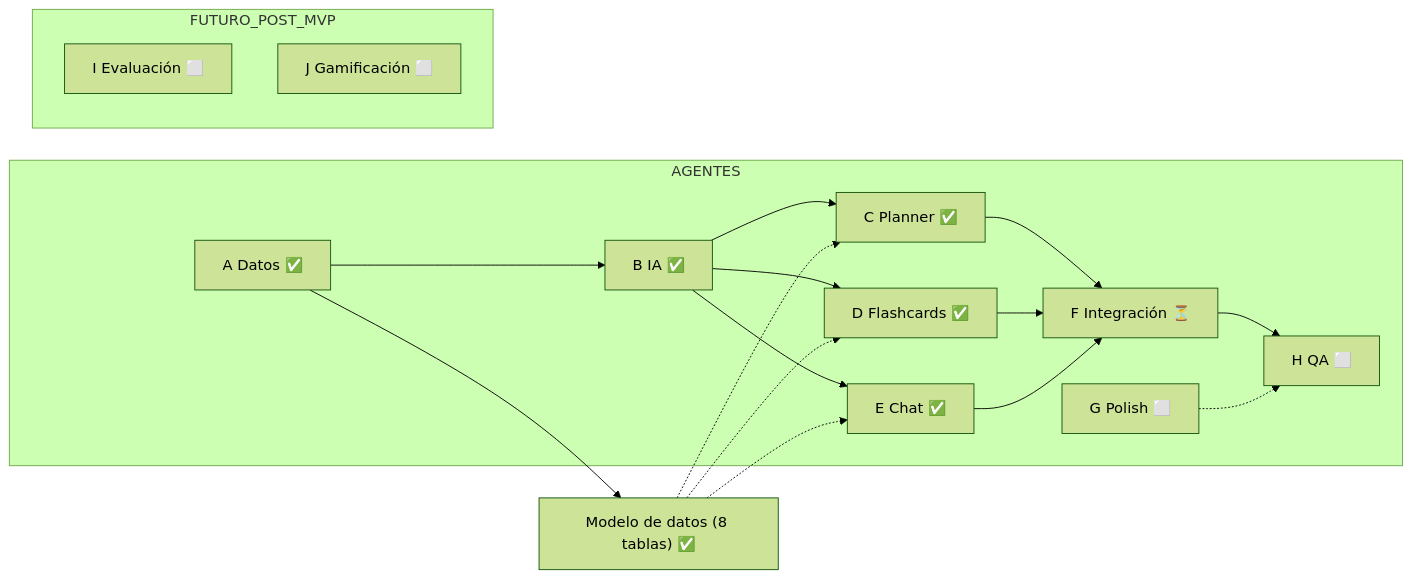
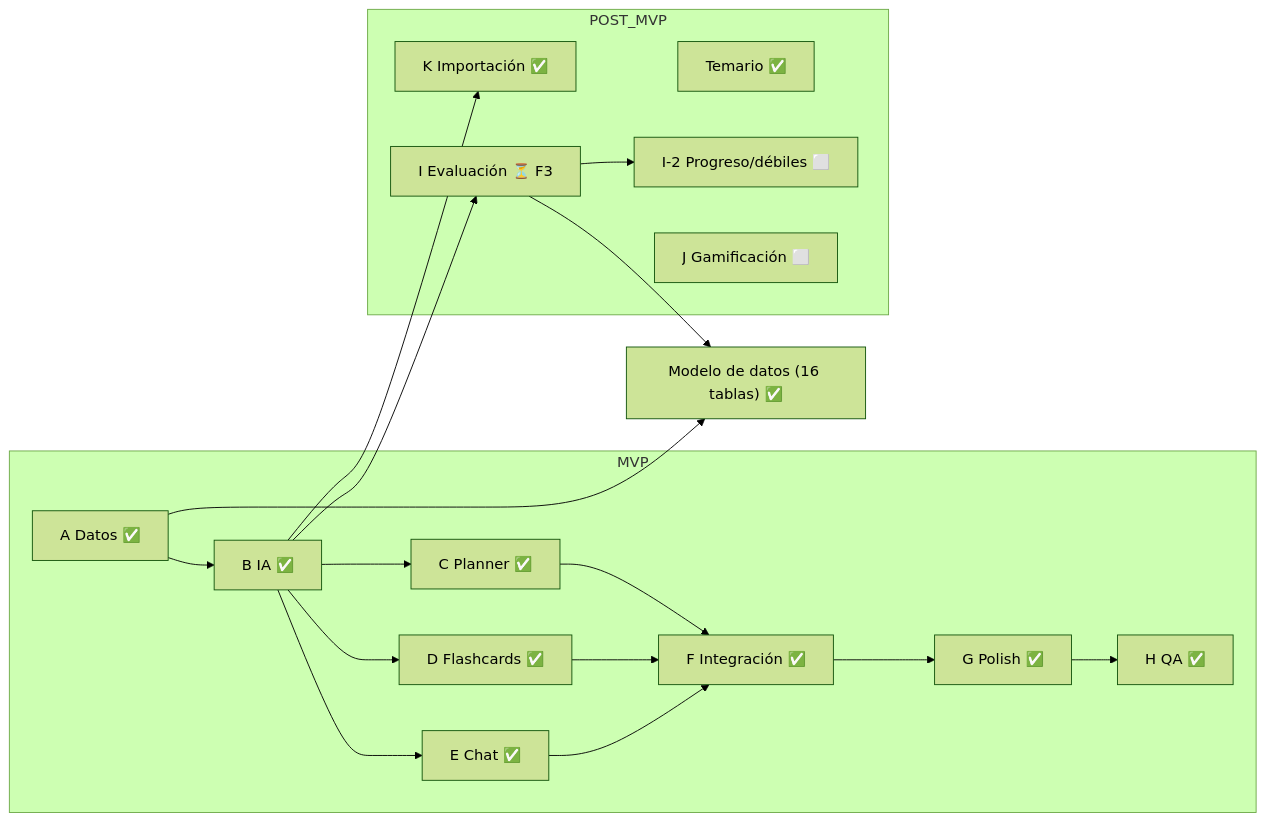
One commit to darkhyper93-jpg/Bract changed the diagram in fid.md. Above: the diagram before and after it, drawn with Mermaid (forest theme). The commit also changed other lines of this file and 34 other files, not shown here.

````diff
--- a/fid.md
+++ b/fid.md
@@ -6,30 +6,33 @@
 ```mermaid
 flowchart LR
-    subgraph AGENTES
+    subgraph MVP
         A["A Datos ✅"]
         B["B IA ✅"]
         C["C Planner ✅"]
         D["D Flashcards ✅"]
         E["E Chat ✅"]
-        F["F Integración ⏳"]
-        G["G Polish ⬜"]
-        H["H QA ⬜"]
+        F["F Integración ✅"]
+        G["G Polish ✅"]
+        H["H QA ✅"]
+    end
+    subgraph POST_MVP
+        K["K Importación ✅"]
+        TEM["Temario ✅"]
+        I["I Evaluación ⏳ F3"]
+        I2["I-2 Progreso/débiles ⬜"]
+        J["J Gamificación ⬜"]
     end
     A --> B --> C
     B --> D
     B --> E
     C --> F
     D --> F
     E --> F
-    F --> H
-    G -.-> H
-    subgraph FUTURO_POST_MVP
-        I["I Evaluación ⬜"]
-        J["J Gamificación ⬜"]
-    end
-    DM["Modelo de datos (8 tablas) ✅"]
+    F --> G --> H
+    B --> K
+    B --> I
+    I --> I2
+    DM["Modelo de datos (16 tablas) ✅"]
     A --> DM
-    DM -.-> C
-    DM -.-> D
-    DM -.-> E
+    I --> DM
 ```
````
